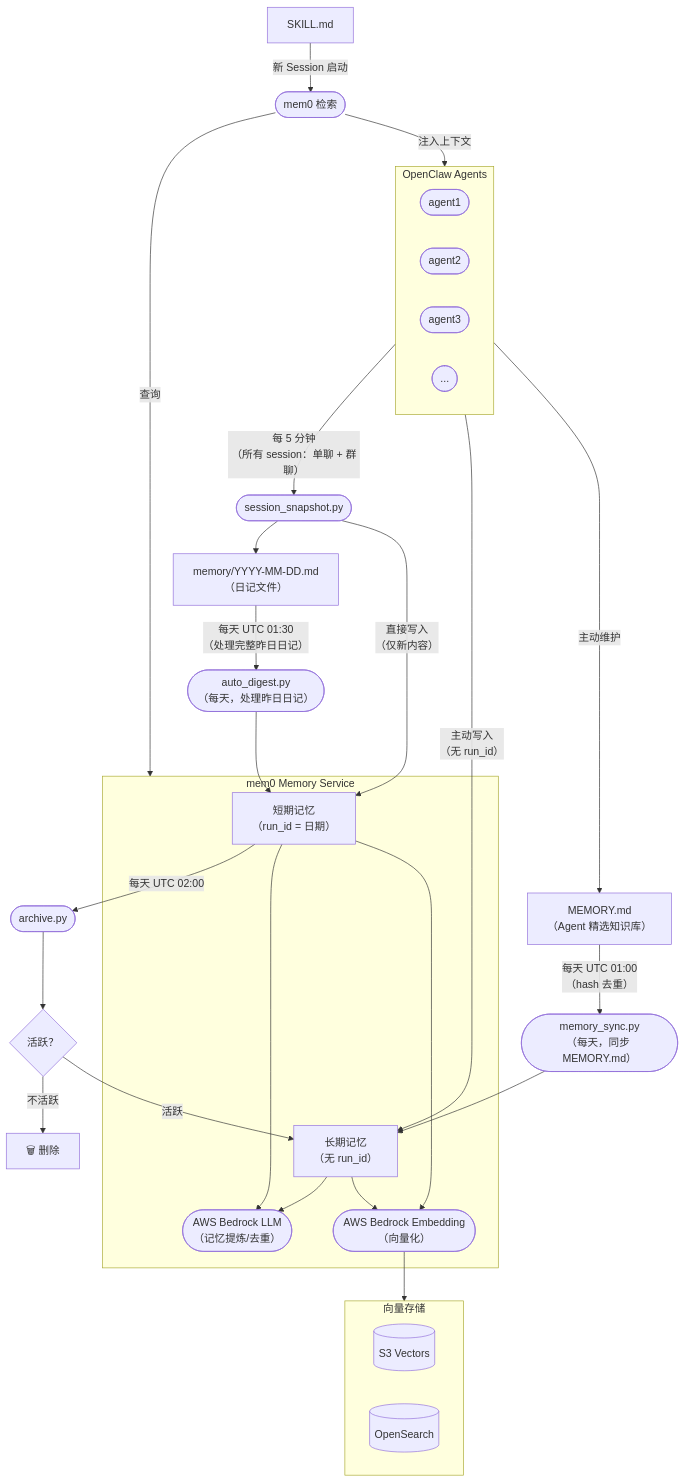
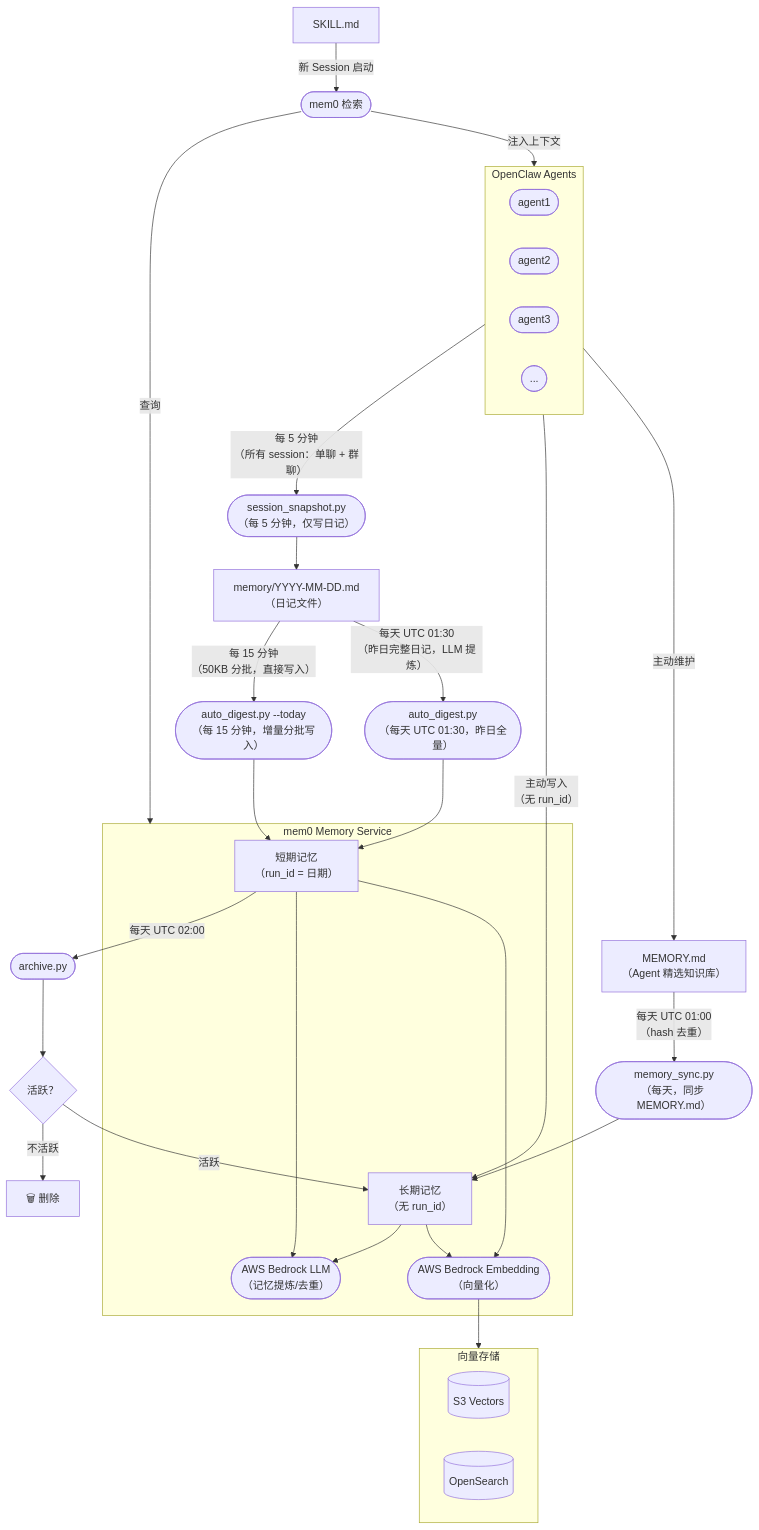
One commit to norrishuang/mem0-memory-service changed the diagram in docs/zh/guide/architecture.md. Above: the diagram before and after it, drawn with Mermaid. The commit also changed other lines of this file and 3 other files, not shown here.

First line of the commit message:
docs: update architecture for two-layer diary→mem0 pipeline

````diff
--- a/docs/zh/guide/architecture.md
+++ b/docs/zh/guide/architecture.md
@@ -5,57 +5,59 @@
 ```mermaid
 flowchart TD
     subgraph Agents["OpenClaw Agents"]
         A1(["agent1"])
         A2(["agent2"])
         A3(["agent3"])
         A4(["..."])
     end
 
     Diary["memory/YYYY-MM-DD.md\n（日记文件）"]
     MemoryMD["MEMORY.md\n（Agent 精选知识库）"]
-    Snap(["session_snapshot.py"])
-    Digest(["auto_digest.py\n（每天，处理昨日日记）"])
+    Snap(["session_snapshot.py\n（每 5 分钟，仅写日记）"])
+    DigestToday(["auto_digest.py --today\n（每 15 分钟，增量分批写入）"])
+    DigestFull(["auto_digest.py\n（每天 UTC 01:30，昨日全量）"])
     Sync(["memory_sync.py\n（每天，同步 MEMORY.md）"])
     Archive(["archive.py"])
 
     subgraph Mem0["mem0 Memory Service"]
         LLM(["AWS Bedrock LLM\n（记忆提炼/去重）"])
         Embed(["AWS Bedrock Embedding\n（向量化）"])
         STM["短期记忆\n（run_id = 日期）"]
         LTM["长期记忆\n（无 run_id）"]
     end
 
     Decision{"活跃？"}
 
     subgraph Store["向量存储"]
         S3[("S3 Vectors")]
         OS[("OpenSearch")]
     end
 
     SKILL["SKILL.md"]
     Retrieve(["mem0 检索"])
 
     Agents -- "每 5 分钟\n（所有 session：单聊 + 群聊）" --> Snap
     Agents -- "主动写入\n（无 run_id）" --> LTM
     Agents -- "主动维护" --> MemoryMD
     Snap --> Diary
-    Snap -- "直接写入\n（仅新内容）" --> STM
-    Diary -- "每天 UTC 01:30\n（处理完整昨日日记）" --> Digest
+    Diary -- "每 15 分钟\n（50KB 分批，直接写入）" --> DigestToday
+    Diary -- "每天 UTC 01:30\n（昨日完整日记，LLM 提炼）" --> DigestFull
     MemoryMD -- "每天 UTC 01:00\n（hash 去重）" --> Sync
-    Digest --> STM
+    DigestToday --> STM
+    DigestFull --> STM
     Sync --> LTM
     STM -- "每天 UTC 02:00" --> Archive
     Archive --> Decision
     Decision -- "活跃" --> LTM
     Decision -- "不活跃" --> Del["🗑 删除"]
 
     STM --> LLM
     STM --> Embed
     LTM --> LLM
     LTM --> Embed
     Embed --> Store
 
     SKILL -- "新 Session 启动" --> Retrieve
     Retrieve -- "查询" --> Mem0
     Retrieve -- "注入上下文" --> Agents
 ```
````
